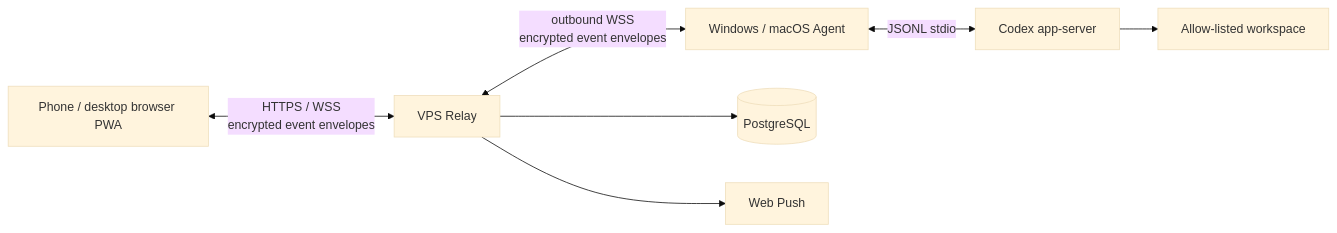
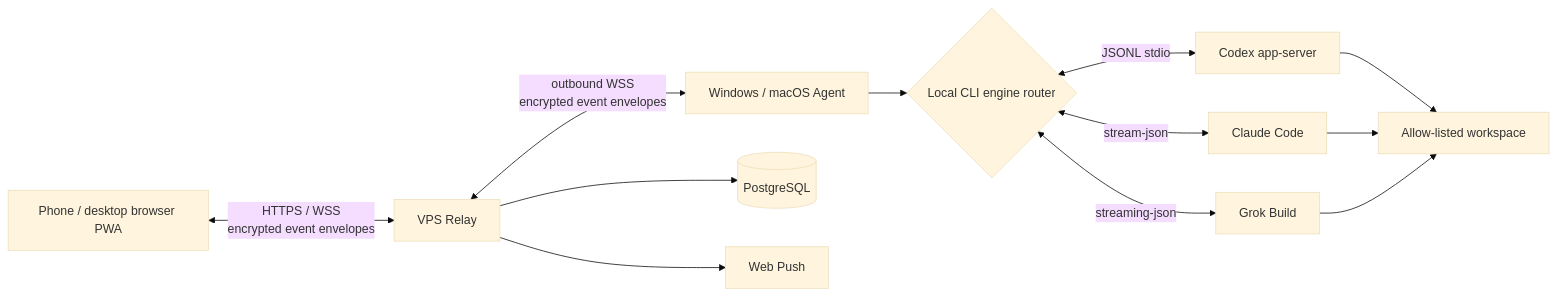
One commit to demonrain/anytimevibe changed the diagram in README.en.md. Above: the diagram before and after it, drawn with Mermaid (base theme). The commit also changed other lines of this file and 16 other files, not shown here.

````diff
--- a/README.en.md
+++ b/README.en.md
@@ -54,9 +65,14 @@
 ```mermaid
 flowchart LR
     PWA[Phone / desktop browser PWA] <-->|HTTPS / WSS<br/>encrypted event envelopes| Relay[VPS Relay]
     Relay <-->|outbound WSS<br/>encrypted event envelopes| Agent[Windows / macOS Agent]
-    Agent <-->|JSONL stdio| Codex[Codex app-server]
+    Agent --> Router{Local CLI engine router}
+    Router <-->|JSONL stdio| Codex[Codex app-server]
+    Router <-->|stream-json| Claude[Claude Code]
+    Router <-->|streaming-json| Grok[Grok Build]
     Codex --> Workspace[Allow-listed workspace]
+    Claude --> Workspace
+    Grok --> Workspace
     Relay --> DB[(PostgreSQL)]
     Relay --> Push[Web Push]
 ```
````
